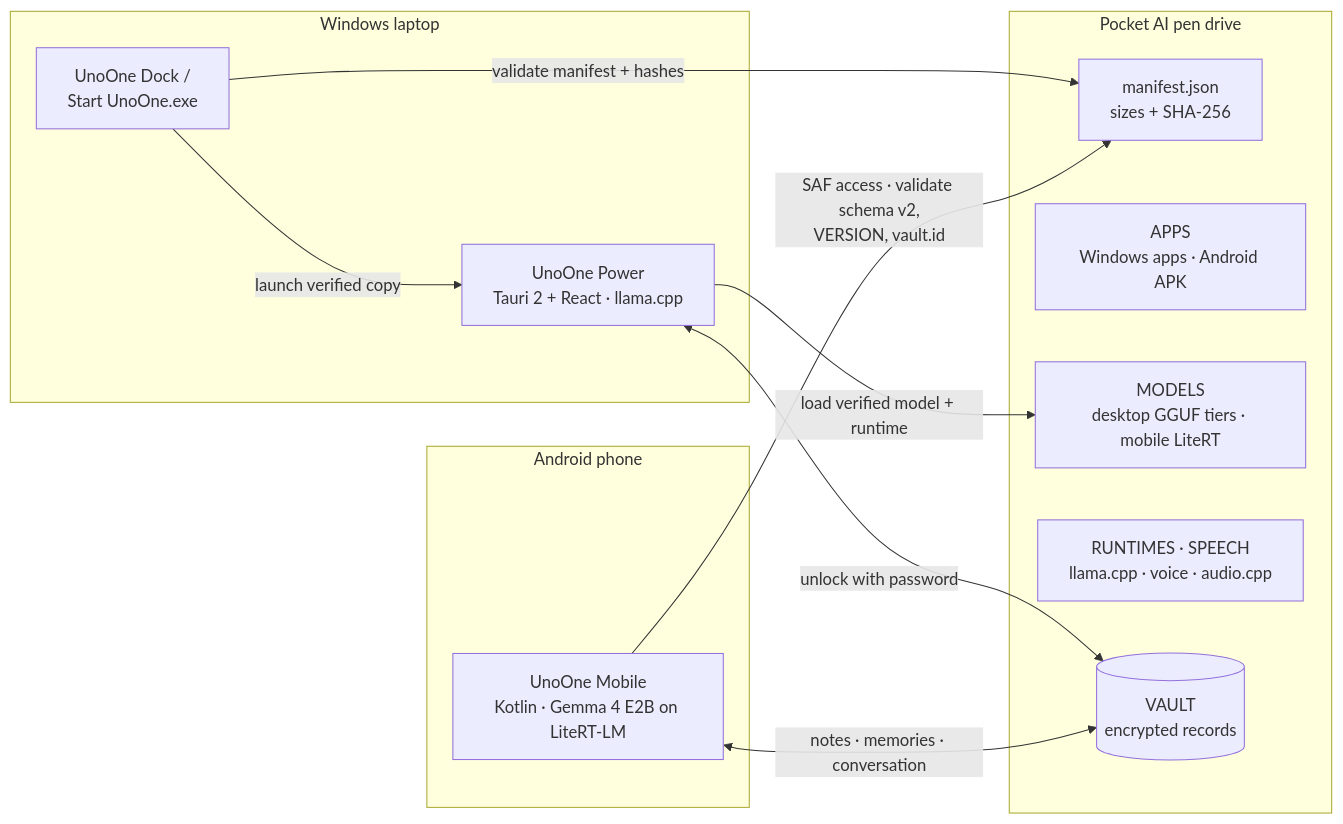
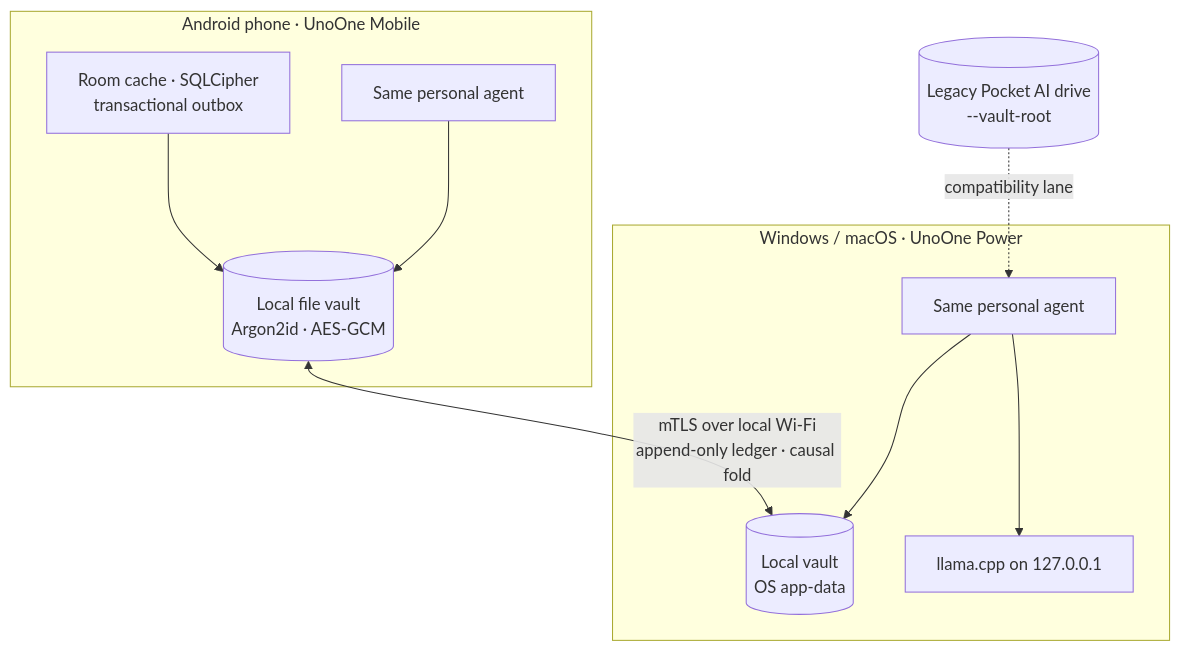
One commit to inbharatai/PAI.V2 changed the first of 4 diagrams in README.md. Above: the diagram before and after it, drawn with Mermaid. The commit also changed other lines of this file and 680 other files, not shown here.

````diff
--- a/README.md
+++ b/README.md
@@ -26,23 +37,19 @@
 ```mermaid
-flowchart LR
-    subgraph DRIVE["Pocket AI pen drive"]
-        MAN["manifest.json<br/>sizes + SHA-256"]
-        APPS["APPS<br/>Windows apps · Android APK"]
-        MODELS["MODELS<br/>desktop GGUF tiers · mobile LiteRT"]
-        RUNTIMES["RUNTIMES · SPEECH<br/>llama.cpp · voice · audio.cpp"]
-        VAULT[("VAULT<br/>encrypted records")]
+flowchart TB
+    subgraph PHONE["Android phone · UnoOne Mobile"]
+        MV[("Local file vault<br/>Argon2id · AES-GCM")]
+        MR["Room cache · SQLCipher<br/>transactional outbox"]
+        MA["Same personal agent"]
     end
-    subgraph PC["Windows laptop"]
-        DOCK["UnoOne Dock /<br/>Start UnoOne.exe"]
-        POWER["UnoOne Power<br/>Tauri 2 + React · llama.cpp"]
+    subgraph PC["Windows / macOS · UnoOne Power"]
+        PV[("Local vault<br/>OS app-data")]
+        PA["Same personal agent"]
+        LL["llama.cpp on 127.0.0.1"]
     end
-    subgraph PHONE["Android phone"]
-        MOBILE["UnoOne Mobile<br/>Kotlin · Gemma 4 E2B on LiteRT-LM"]
-    end
-    DOCK -->|"validate manifest + hashes"| MAN
-    DOCK -->|"launch verified copy"| POWER
-    POWER -->|"load verified model + runtime"| MODELS
-    POWER <-->|"unlock with password"| VAULT
-    MOBILE -->|"SAF access · validate schema v2,<br/>VERSION, vault.id"| MAN
-    MOBILE <-->|"notes · memories · conversation"| VAULT
+    MR --> MV
+    MA --> MV
+    PA --> PV
+    PA --> LL
+    MV <-->|"mTLS over local Wi-Fi<br/>append-only ledger · causal fold"| PV
+    DRIVE[("Legacy Pocket AI drive<br/>--vault-root")] -.->|"compatibility lane"| PA
 ```
````
